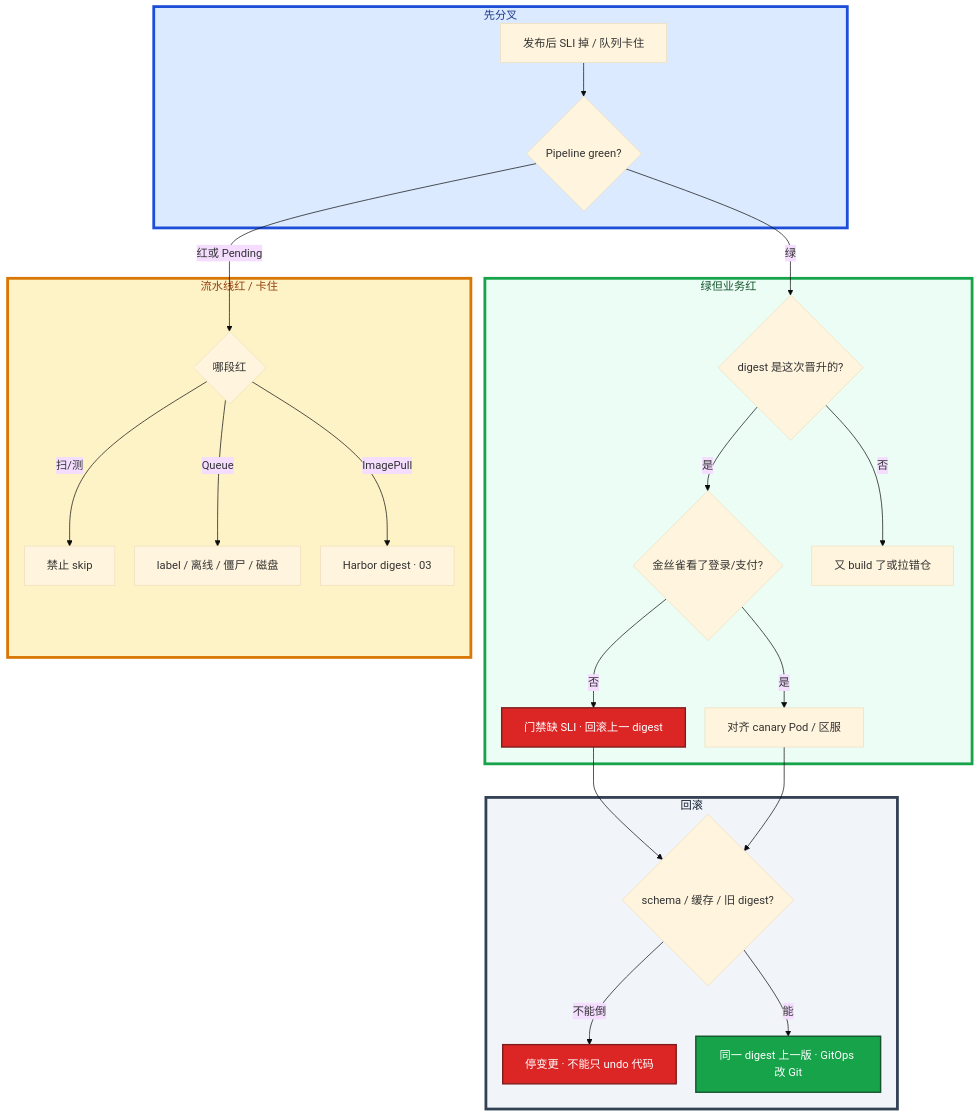
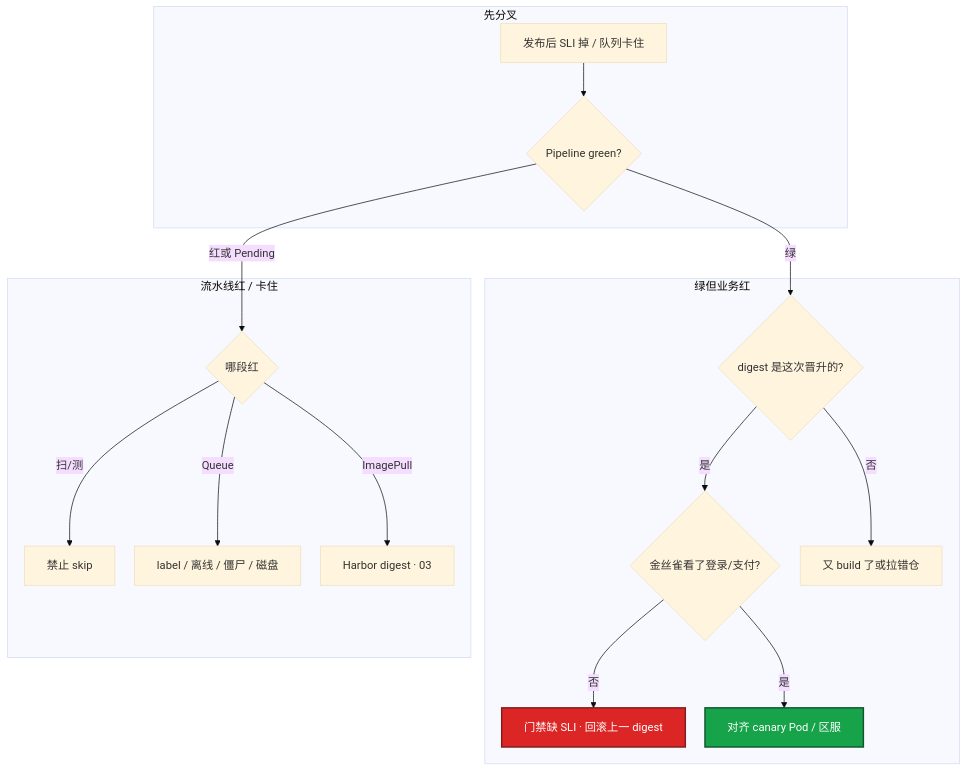
One commit to ml-cuizijun/LearnToLilith changed the eighth of 8 diagrams in 05-工程化与自动化/02-CI-CD/知识点.md. Above: the diagram before and after it, drawn with Mermaid. The commit also changed other lines of this file and 107 other files, not shown here.

````diff
--- a/05-工程化与自动化/02-CI-CD/知识点.md
+++ b/05-工程化与自动化/02-CI-CD/知识点.md
@@ -509,39 +514,27 @@
 ```mermaid
 %%{init: {"flowchart": {"padding": 16, "nodeSpacing": 28, "rankSpacing": 48}, "theme": "base"}}%%
 flowchart TB
     subgraph gate ["先分叉"]
         A[发布后 SLI 掉 / 队列卡住] --> B{Pipeline green?}
     end
 
     subgraph green ["绿但业务红"]
         B -->|绿| C{digest 是这次晋升的?}
         C -->|是| D{金丝雀看了登录/支付?}
         D -->|否| E[门禁缺 SLI · 回滚上一 digest]
         D -->|是| F[对齐 canary Pod / 区服]
         C -->|否| G[又 build 了或拉错仓]
     end
 
     subgraph red ["流水线红 / 卡住"]
         B -->|红或 Pending| H{哪段红}
         H -->|扫/测| I[禁止 skip]
         H -->|Queue| J[label / 离线 / 僵尸 / 磁盘]
         H -->|ImagePull| K[Harbor digest · 03]
     end
 
-    subgraph rb ["回滚"]
-        E --> L{schema / 缓存 / 旧 digest?}
-        F --> L
-        L -->|不能倒| M[停变更 · 不能只 undo 代码]
-        L -->|能| N[同一 digest 上一版 · GitOps 改 Git]
-    end
-
     classDef bad fill:#DC2626,stroke:#7F1D1D,stroke-width:2px,color:#fff
     classDef ok fill:#16A34A,stroke:#14532D,stroke-width:2px,color:#fff
-    class E,M bad
-    class N ok
-
-    style gate fill:#DBEAFE,stroke:#1D4ED8,stroke-width:4px,color:#1E3A8A
-    style green fill:#ECFDF5,stroke:#16A34A,stroke-width:4px,color:#14532D
-    style red fill:#FEF3C7,stroke:#D97706,stroke-width:4px,color:#92400E
-    style rb fill:#F1F5F9,stroke:#334155,stroke-width:4px,color:#0F172A
+    class E bad
+    class F ok
 ```
````
